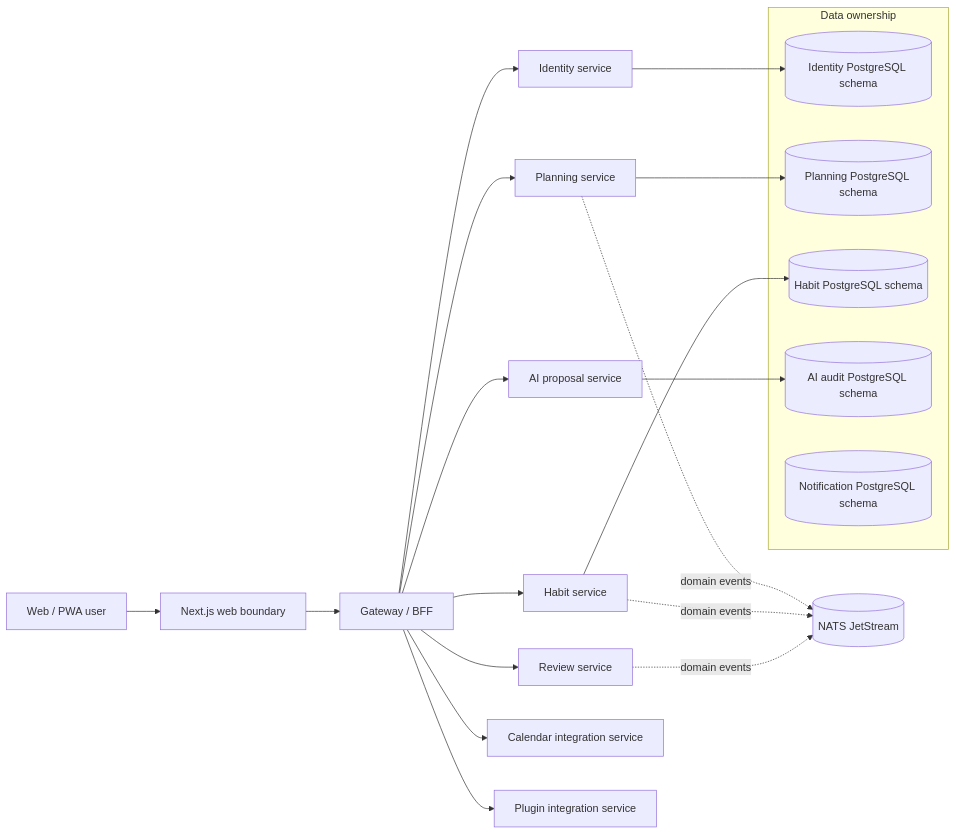
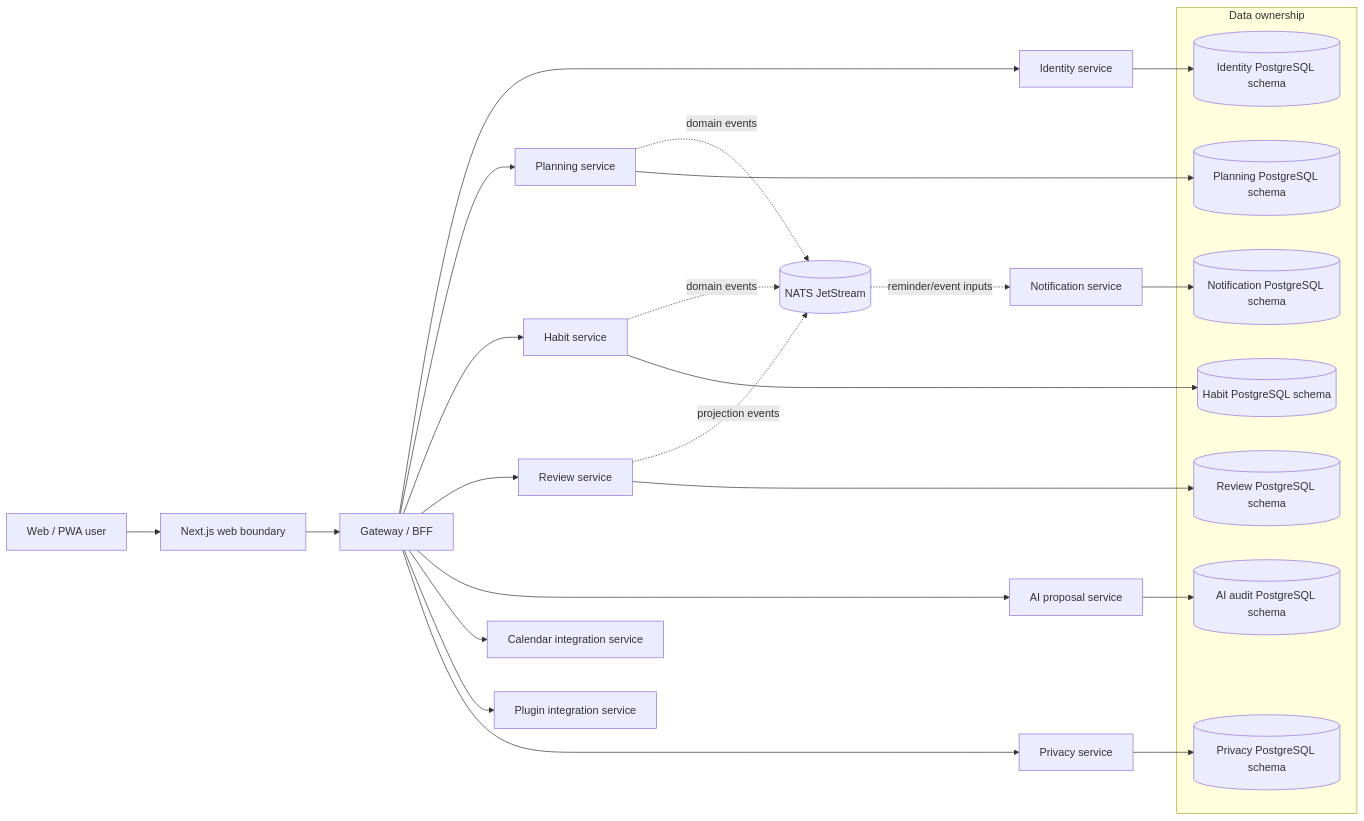
The first of 3 diagrams in ARCHITECTURE.md (ContextualWisdomLab/life-os), drawn with Mermaid before and after one commit. The commit also changed other lines of this file, not shown here.

Commit message:
docs: align architecture with canonical documentation graph

````diff
--- a/ARCHITECTURE.md
+++ b/ARCHITECTURE.md
@@ -9,26 +11,33 @@
 ```mermaid
 flowchart LR
     U[Web / PWA user] --> W[Next.js web boundary]
     W --> G[Gateway / BFF]
     G --> I[Identity service]
     G --> P[Planning service]
     G --> H[Habit service]
     G --> R[Review service]
     G --> A[AI proposal service]
     G --> C[Calendar integration service]
     G --> X[Plugin integration service]
+    G --> V[Privacy service]
     P -. domain events .-> N[(NATS JetStream)]
     H -. domain events .-> N
-    R -. domain events .-> N
+    R -. projection events .-> N
+    N -. reminder/event inputs .-> Q[Notification service]
     subgraph Data ownership
       IDB[(Identity PostgreSQL schema)]
       PDB[(Planning PostgreSQL schema)]
       HDB[(Habit PostgreSQL schema)]
+      RDB[(Review PostgreSQL schema)]
       ADB[(AI audit PostgreSQL schema)]
       NDB[(Notification PostgreSQL schema)]
+      VDB[(Privacy PostgreSQL schema)]
     end
     I --> IDB
     P --> PDB
     H --> HDB
+    R --> RDB
     A --> ADB
+    Q --> NDB
+    V --> VDB
 ```
````
